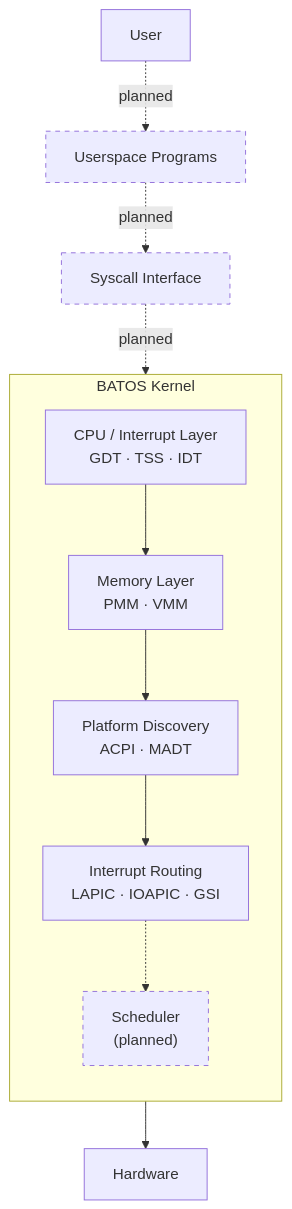
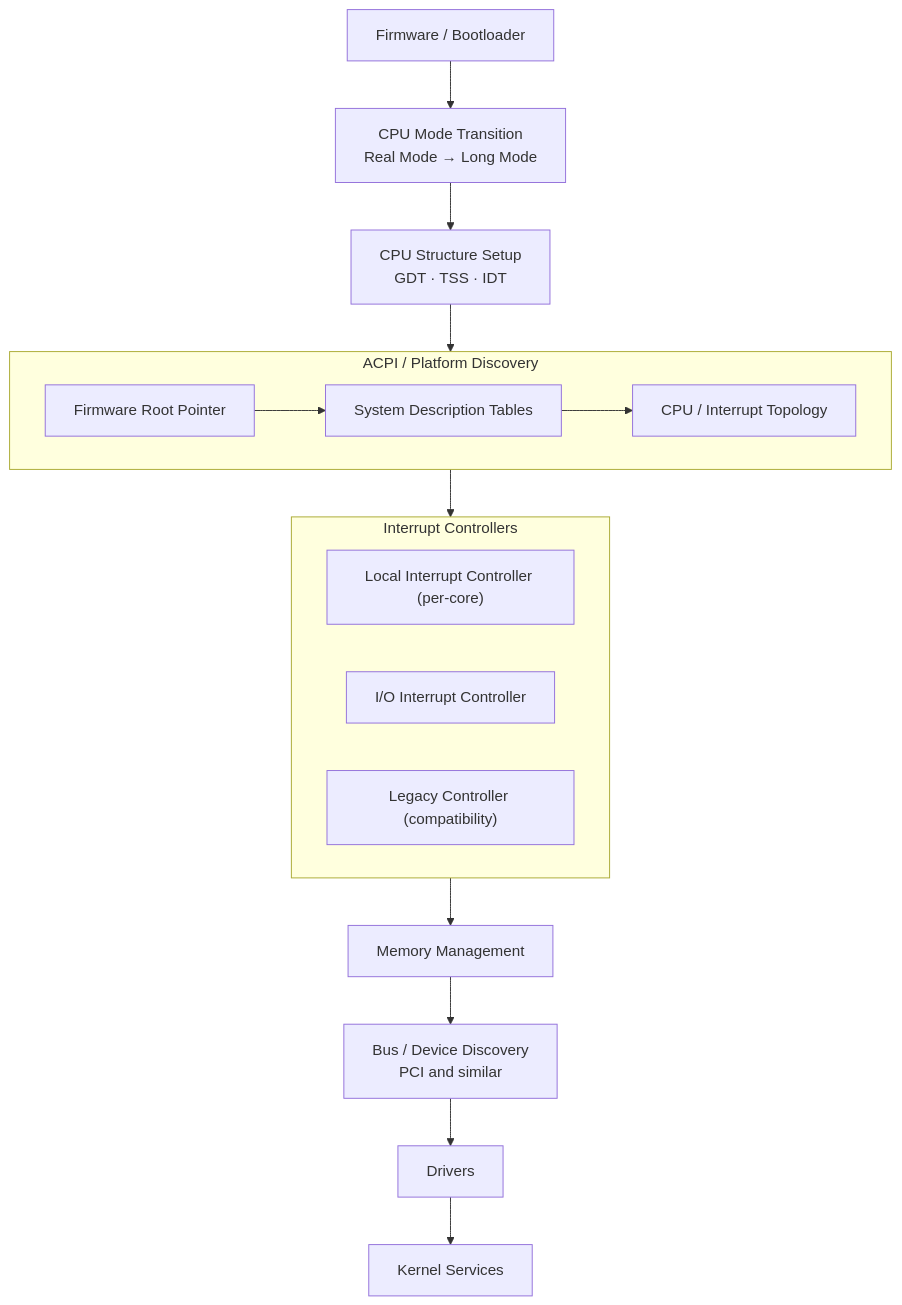
Before and after one commit to aliashrafabbasi/batos-os: the third of 13 diagrams in README.md, drawn with Mermaid. The commit also changed other lines of this file, not shown here.

````diff
--- a/README.md
+++ b/README.md
@@ -32,21 +148,26 @@
 ```mermaid
 flowchart TD
-    U["User"] -.->|"planned"| US["Userspace Programs"]
-    US -.->|"planned"| SC["Syscall Interface"]
-    SC -.->|"planned"| K["BATOS Kernel"]
-    K --> HW["Hardware"]
+    FW["Firmware / Bootloader"] --> CPUMODE["CPU Mode Transition<br/>Real Mode → Long Mode"]
+    CPUMODE --> CPUSETUP["CPU Structure Setup<br/>GDT · TSS · IDT"]
+    CPUSETUP --> ACPI["ACPI / Platform Discovery"]
 
-    subgraph K["BATOS Kernel"]
-        direction TB
-        K1["CPU / Interrupt Layer<br/>GDT · TSS · IDT"]
-        K2["Memory Layer<br/>PMM · VMM"]
-        K3["Platform Discovery<br/>ACPI · MADT"]
-        K4["Interrupt Routing<br/>LAPIC · IOAPIC · GSI"]
-        K5["Scheduler<br/>(planned)"]
-        K1 --> K2 --> K3 --> K4 -.-> K5
+    subgraph ACPI["ACPI / Platform Discovery"]
+        direction LR
+        RSDP["Firmware Root Pointer"] --> TABLES["System Description Tables"]
+        TABLES --> TOPOLOGY["CPU / Interrupt Topology"]
     end
 
-    style US stroke-dasharray: 5 5
-    style SC stroke-dasharray: 5 5
-    style K5 stroke-dasharray: 5 5
+    ACPI --> INTCTRL["Interrupt Controllers"]
+
+    subgraph INTCTRL["Interrupt Controllers"]
+        direction LR
+        LOCALIC["Local Interrupt Controller (per-core)"]
+        IOIC["I/O Interrupt Controller"]
+        LEGACYIC["Legacy Controller (compatibility)"]
+    end
+
+    INTCTRL --> MEMPLAT["Memory Management"]
+    MEMPLAT --> BUSDISC["Bus / Device Discovery<br/>PCI and similar"]
+    BUSDISC --> DRVPLAT["Drivers"]
+    DRVPLAT --> SVC["Kernel Services"]
 ```
````
